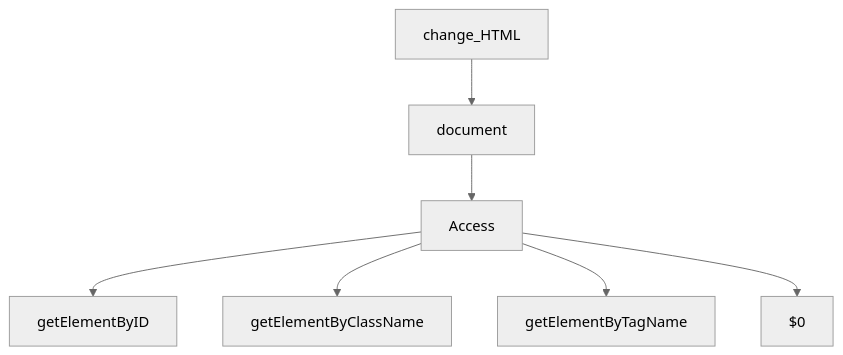
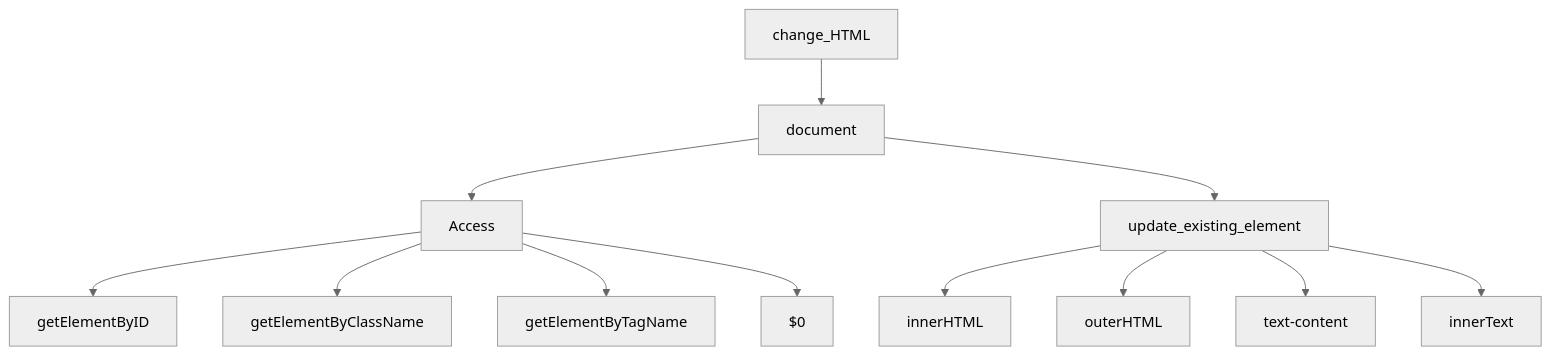
Before and after one commit to siddharthkumarrai/Javascript_guide: the second of 2 diagrams in DOM.md, drawn with Mermaid (neutral theme).

````diff
--- a/DOM.md
+++ b/DOM.md
@@ -29,11 +29,16 @@
 ```mermaid
 graph TB;
 
     change_HTML --> document;
     document --> Access;
     Access --> getElementByID;
     Access --> getElementByClassName;
     Access --> getElementByTagName;
     Access --> $0;
+    document --> update_existing_element;
+    update_existing_element --> innerHTML;
+    update_existing_element --> outerHTML;
+    update_existing_element --> text-content;
+    update_existing_element --> innerText;
 
 ```
````
